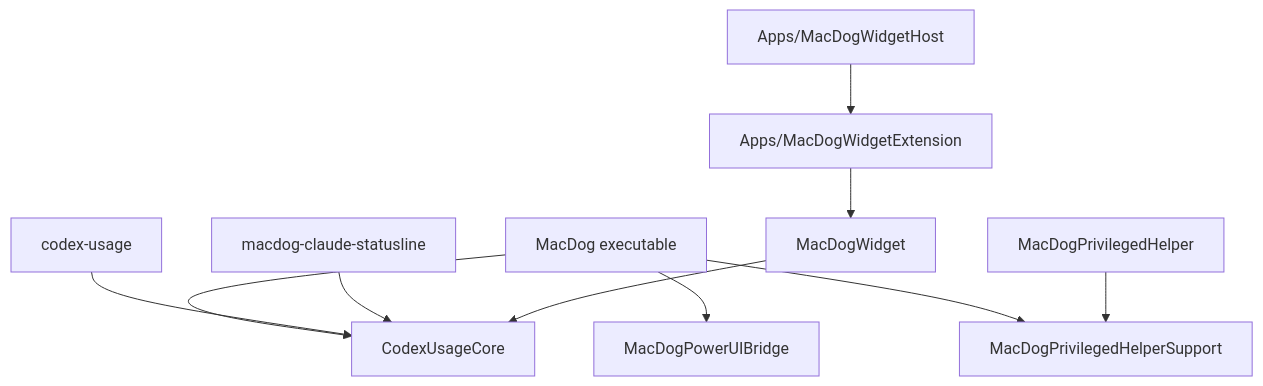
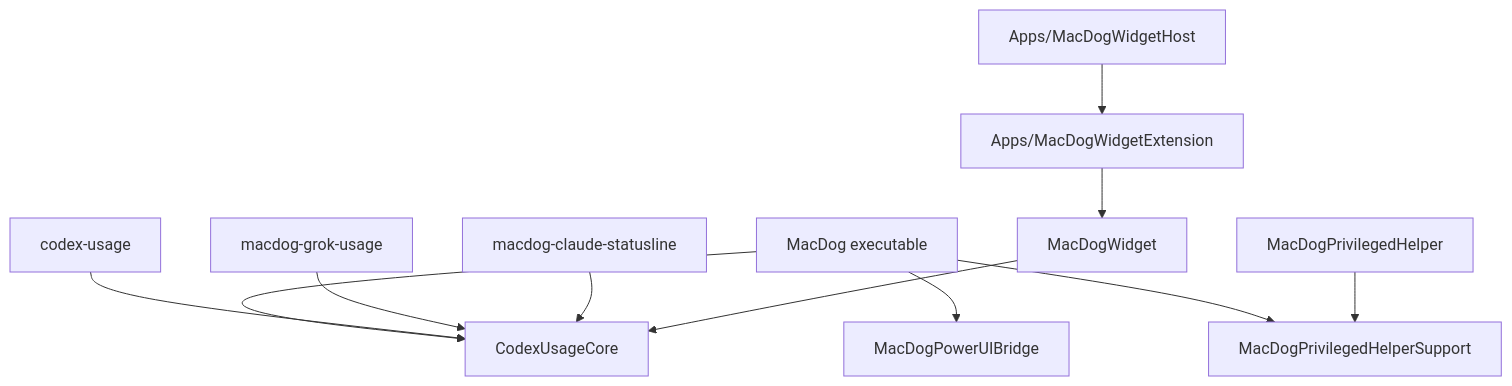
The first of 6 diagrams in Docs/Onboarding/Architecture.md (dhseo90/MacDog), drawn with Mermaid before and after one commit. The commit also changed other lines of this file and 12 other files, not shown here.

````diff
--- a/Docs/Onboarding/Architecture.md
+++ b/Docs/Onboarding/Architecture.md
@@ -11,12 +11,13 @@
 ```mermaid
 flowchart TD
     App["MacDog executable"] --> Core["CodexUsageCore"]
     App --> Bridge["MacDogPowerUIBridge"]
     App --> HelperSupport["MacDogPrivilegedHelperSupport"]
     CLI["codex-usage"] --> Core
+    GrokCLI["macdog-grok-usage"] --> Core
     ClaudeCLI["macdog-claude-statusline"] --> Core
     WidgetLib["MacDogWidget"] --> Core
     Helper["MacDogPrivilegedHelper"] --> HelperSupport
     WidgetHost["Apps/MacDogWidgetHost"] --> WidgetExtension
     WidgetExtension["Apps/MacDogWidgetExtension"] --> WidgetLib
 ```
````
